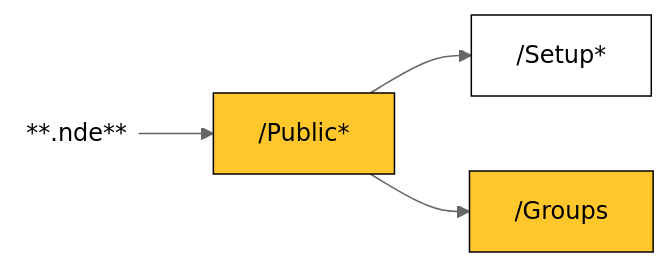
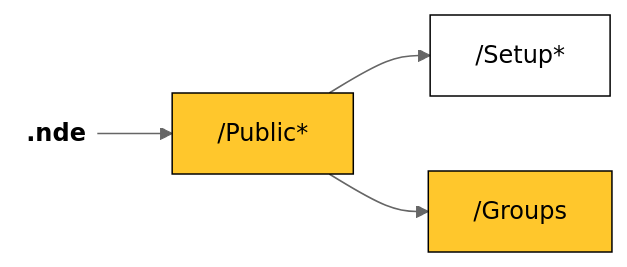
Before and after one commit to Evident-Industrial/NDE_Open_File_Format: the first of 3 diagrams in site/docs/hdf5-structure/public-group.md, drawn with Mermaid (neutral theme). The commit also changed 139 other files, not shown here.

````diff
--- a/site/docs/hdf5-structure/public-group.md
+++ b/site/docs/hdf5-structure/public-group.md
@@ -3,10 +3,10 @@
 ``` mermaid
 flowchart LR
-  .nde[**.nde**]:::root --> Public["/Public*"]:::group
+  .nde[<b>.nde</b>]:::root --> Public["/Public*"]:::group
   Public["/Public*"] --> Setup["/Setup*"]:::dataset
   Public["/Public*"] --> Groups["/Groups"]:::group
   .nde@{ shape: text}
   classDef root fill:#fff
   classDef group fill:#ffc72c,stroke:#000000,color:#000000
   classDef dataset fill:#fff,stroke:#000000,color:#000000
 ```
````
